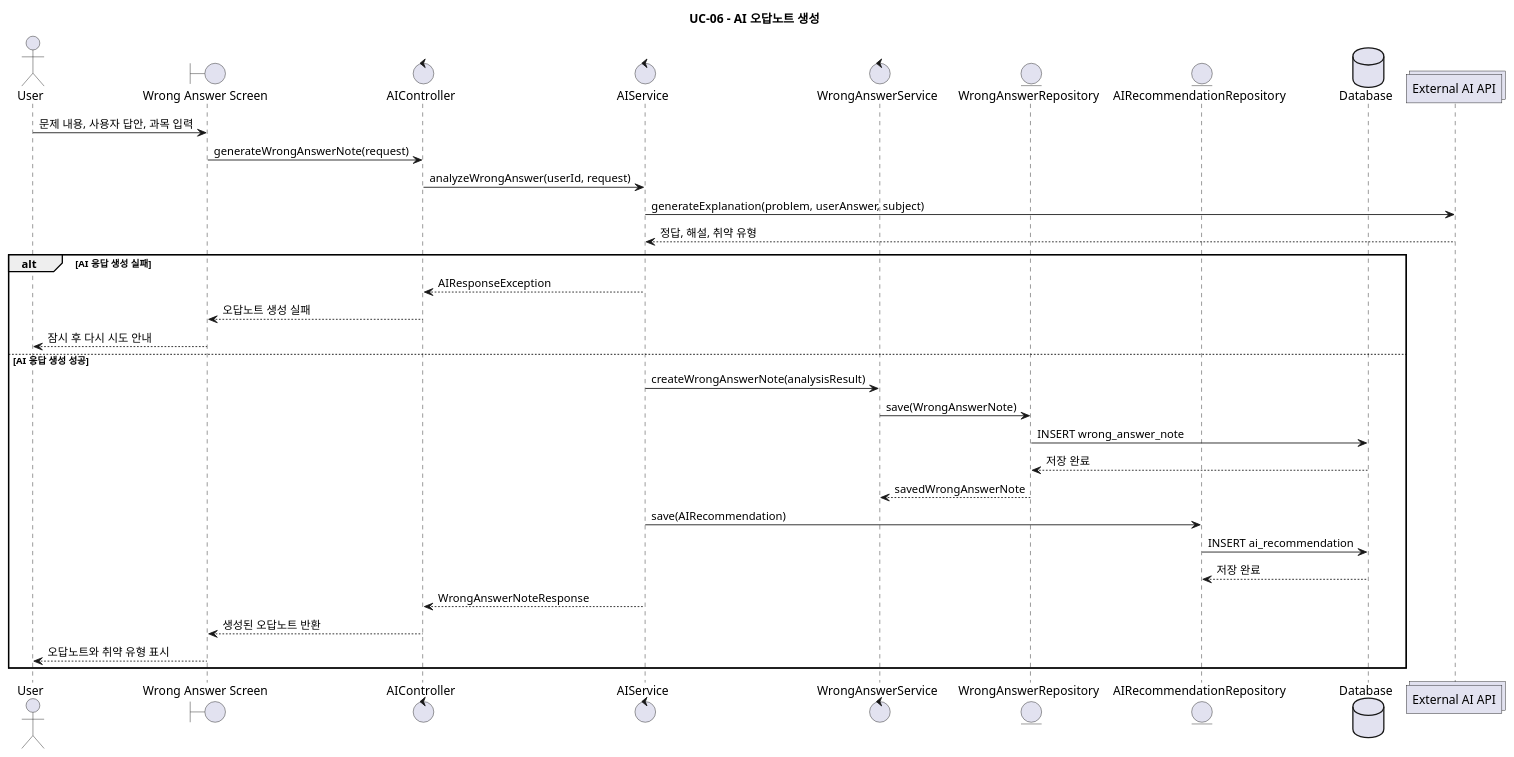
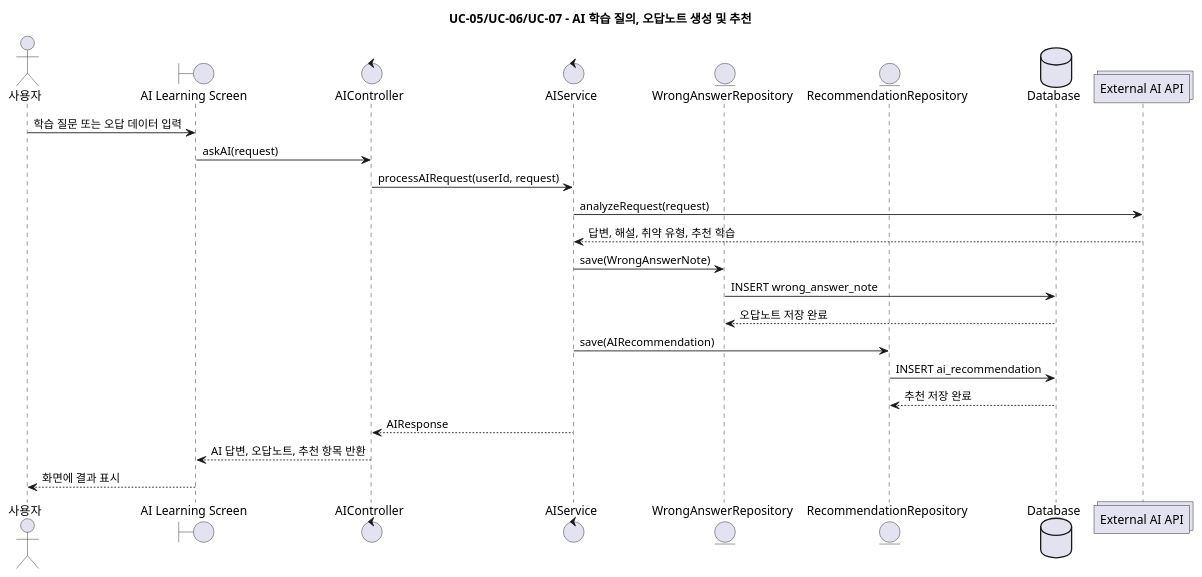
One commit to jeongiryang/SoftwareEngineering_team15_project_-Smart-Edu-Platform changed the fourth of 15 diagrams in docs/design/plantuml/sequence-diagrams.puml. Above: the diagram before and after it, drawn with PlantUML. The commit also changed other lines of this file and 27 other files, not shown here.

```diff
--- a/docs/design/plantuml/sequence-diagrams.puml
+++ b/docs/design/plantuml/sequence-diagrams.puml
@@ -147,40 +147,27 @@
-@startuml UC06_GenerateWrongAnswerNote
-title UC-06 - AI 오답노트 생성
+@startuml UC05-07_AILearning
+title UC-05/UC-06/UC-07 - AI 학습 질의, 오답노트 생성 및 추천
 
-actor "User" as User
-boundary "Wrong Answer Screen" as UI
+actor "사용자" as User
+boundary "AI Learning Screen" as UI
 control "AIController" as AIController
 control "AIService" as AIService
-control "WrongAnswerService" as WrongAnswerService
 entity "WrongAnswerRepository" as WrongAnswerRepository
-entity "AIRecommendationRepository" as RecommendationRepository
+entity "RecommendationRepository" as RecommendationRepository
 database "Database" as DB
 collections "External AI API" as ExternalAI
 
-User -> UI: 문제 내용, 사용자 답안, 과목 입력
-UI -> AIController: generateWrongAnswerNote(request)
-AIController -> AIService: analyzeWrongAnswer(userId, request)
-AIService -> ExternalAI: generateExplanation(problem, userAnswer, subject)
-ExternalAI --> AIService: 정답, 해설, 취약 유형
-
-alt AI 응답 생성 실패
-  AIService --> AIController: AIResponseException
-  AIController --> UI: 오답노트 생성 실패
-  UI --> User: 잠시 후 다시 시도 안내
-else AI 응답 생성 성공
-  AIService -> WrongAnswerService: createWrongAnswerNote(analysisResult)
-  WrongAnswerService -> WrongAnswerRepository: save(WrongAnswerNote)
-  WrongAnswerRepository -> DB: INSERT wrong_answer_note
-  DB --> WrongAnswerRepository: 저장 완료
-  WrongAnswerRepository --> WrongAnswerService: savedWrongAnswerNote
-
-  AIService -> RecommendationRepository: save(AIRecommendation)
-  RecommendationRepository -> DB: INSERT ai_recommendation
-  DB --> RecommendationRepository: 저장 완료
-
-  AIService --> AIController: WrongAnswerNoteResponse
-  AIController --> UI: 생성된 오답노트 반환
-  UI --> User: 오답노트와 취약 유형 표시
-end
-
+User -> UI: 학습 질문 또는 오답 데이터 입력
+UI -> AIController: askAI(request)
+AIController -> AIService: processAIRequest(userId, request)
+AIService -> ExternalAI: analyzeRequest(request)
+ExternalAI --> AIService: 답변, 해설, 취약 유형, 추천 학습
+AIService -> WrongAnswerRepository: save(WrongAnswerNote)
+WrongAnswerRepository -> DB: INSERT wrong_answer_note
+DB --> WrongAnswerRepository: 오답노트 저장 완료
+AIService -> RecommendationRepository: save(AIRecommendation)
+RecommendationRepository -> DB: INSERT ai_recommendation
+DB --> RecommendationRepository: 추천 저장 완료
+AIService --> AIController: AIResponse
+AIController --> UI: AI 답변, 오답노트, 추천 항목 반환
+UI --> User: 화면에 결과 표시
 @enduml
```
